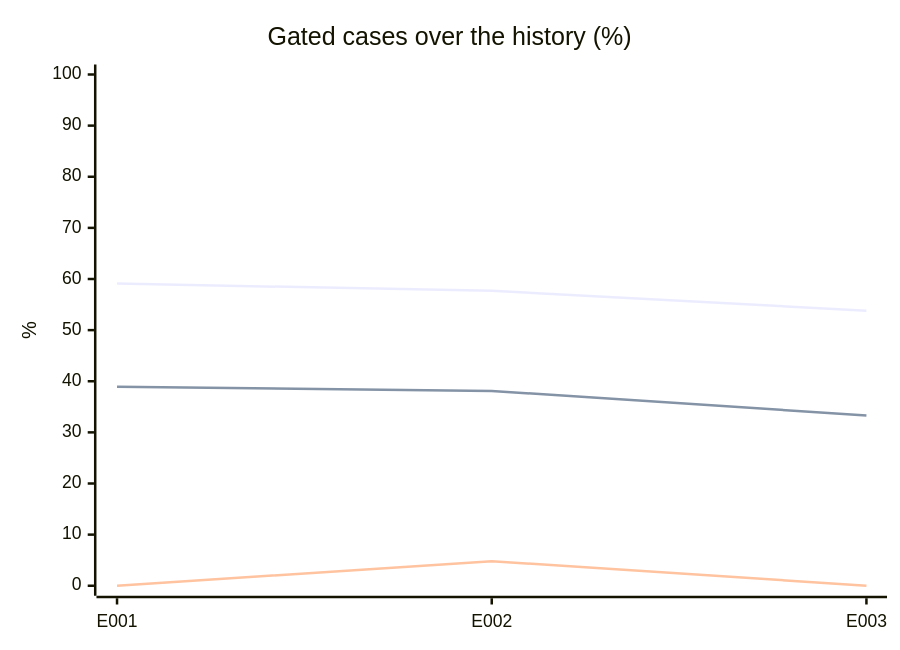
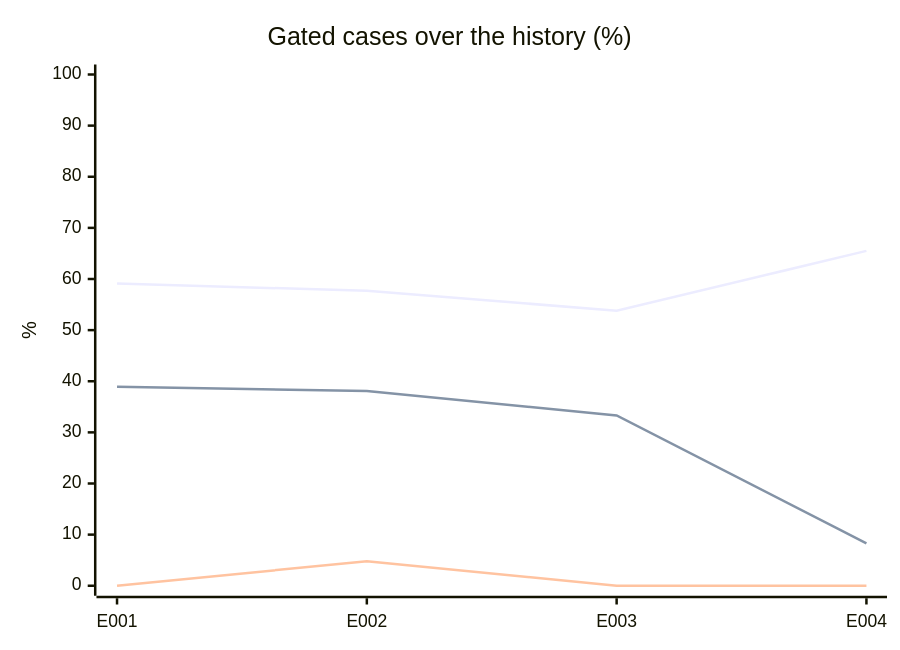
The diagram in evals/report.md (acarbonellb/anti-fraud-agent), drawn with Mermaid before and after one commit. The commit also changed other lines of this file and 58 other files, not shown here.

````diff
--- a/evals/report.md
+++ b/evals/report.md
@@ -38,9 +39,9 @@
 ```mermaid
 xychart-beta
   title "Gated cases over the history (%)"
-  x-axis [E001, E002, E003]
+  x-axis [E001, E002, E003, E004]
   y-axis "%" 0 --> 100
-  line [59.1, 57.7, 53.8]
-  line [38.9, 38.1, 33.3]
-  line [0, 4.8, 0]
+  line [59.1, 57.7, 53.8, 65.5]
+  line [38.9, 38.1, 33.3, 8.3]
+  line [0, 4.8, 0, 0]
 ```
````
